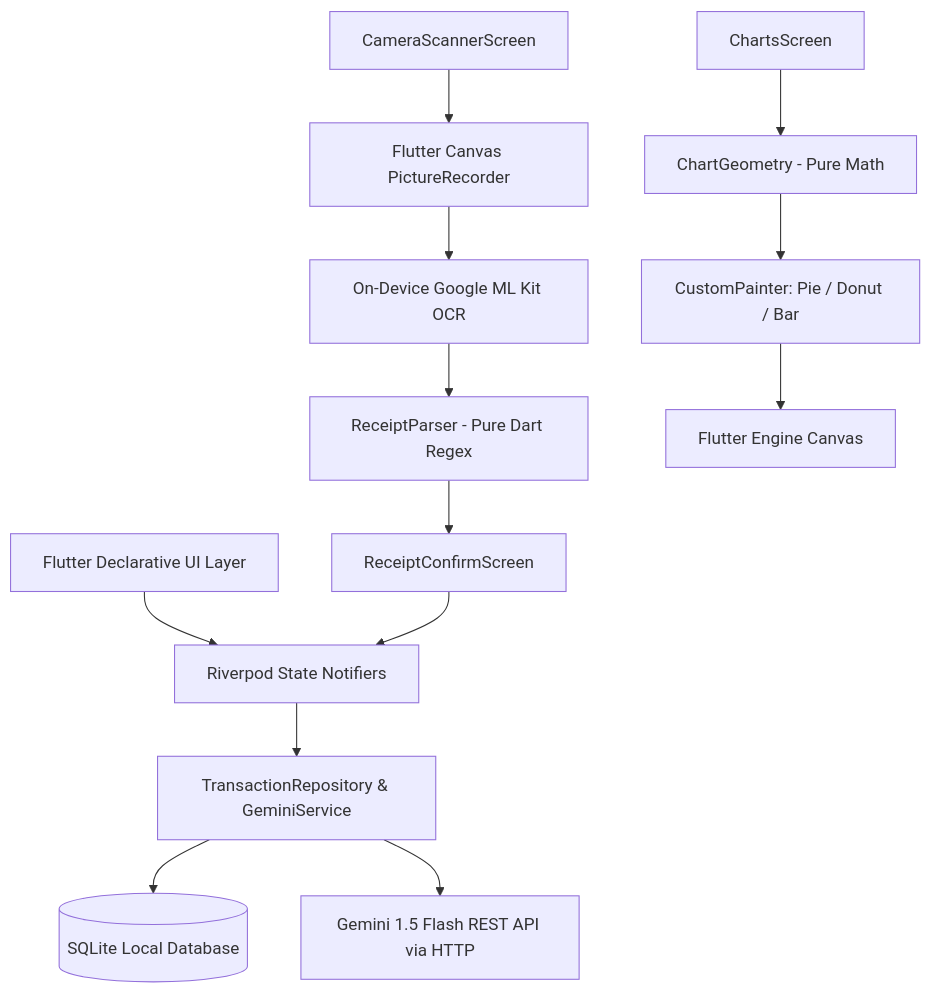
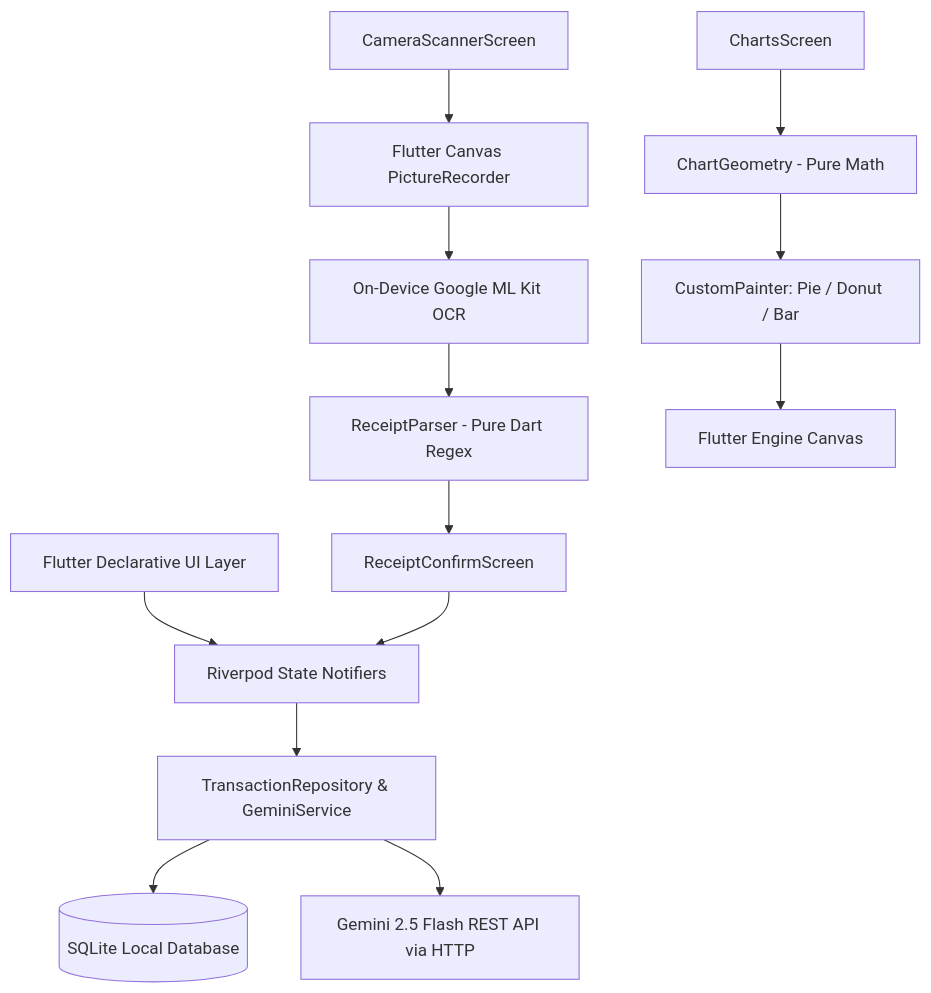
Before and after one commit to lethihuonggiang-2907/danentang_project3: the diagram in REPORT.md, drawn with Mermaid. The commit also changed other lines of this file, not shown here.

Commit message:
docs: fix model name and test count in report

````diff
--- a/REPORT.md
+++ b/REPORT.md
@@ -42,17 +42,17 @@
 ```mermaid
 graph TD
     UI[Flutter Declarative UI Layer] --> Notifiers[Riverpod State Notifiers]
     Notifiers --> Repos[TransactionRepository & GeminiService]
     Repos --> LocalDB[(SQLite Local Database)]
-    Repos --> RemoteAI[Gemini 1.5 Flash REST API via HTTP]
+    Repos --> RemoteAI[Gemini 2.5 Flash REST API via HTTP]
     
     CameraScreen[CameraScannerScreen] --> NativeEngine[Flutter Canvas PictureRecorder]
     NativeEngine --> MLKit[On-Device Google ML Kit OCR]
     MLKit --> PureParser[ReceiptParser - Pure Dart Regex]
     PureParser --> ConfirmScreen[ReceiptConfirmScreen]
     ConfirmScreen --> Notifiers
     
     ChartsScreen[ChartsScreen] --> ChartMath[ChartGeometry - Pure Math]
     ChartMath --> Painters[CustomPainter: Pie / Donut / Bar]
     Painters --> Canvas[Flutter Engine Canvas]
 ```
````
